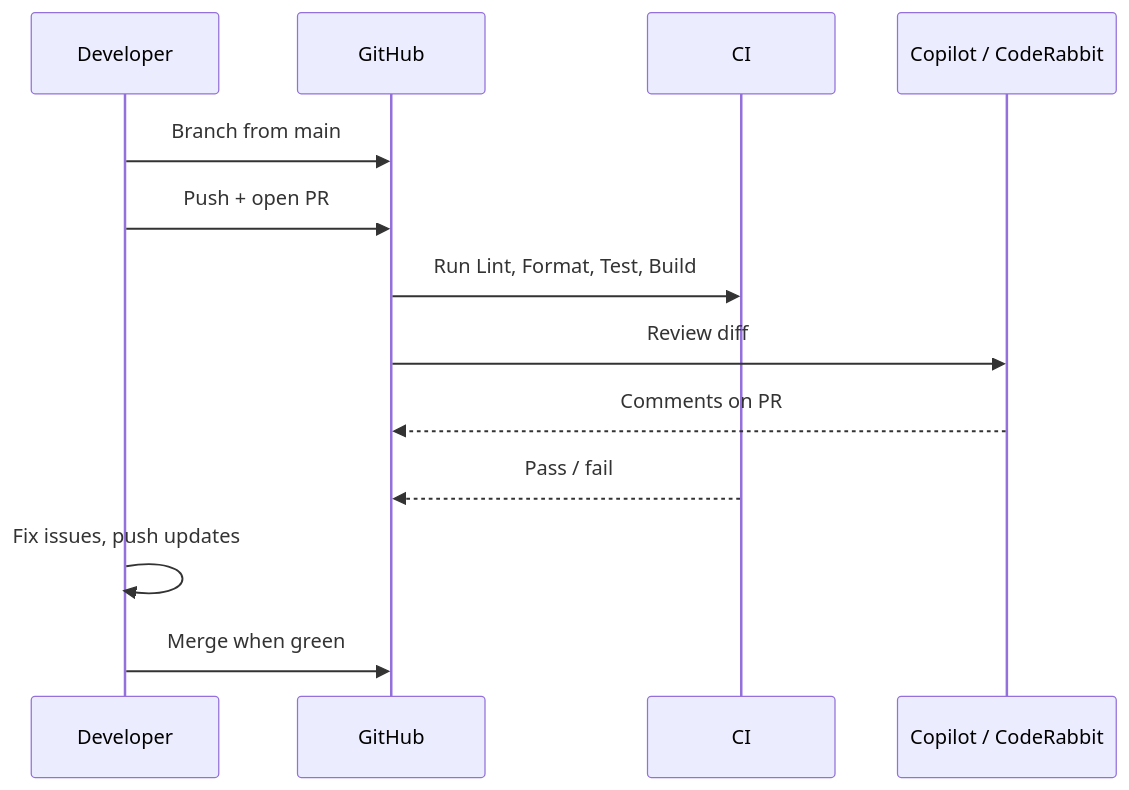
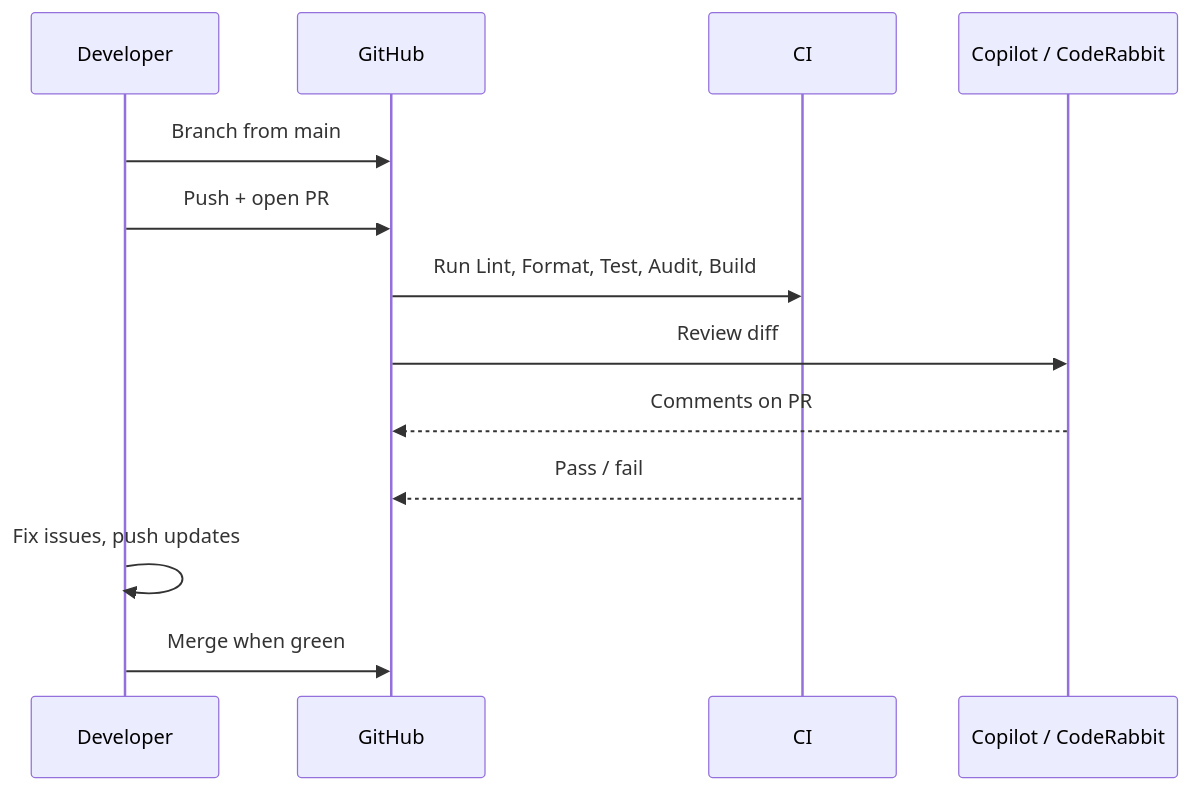
Before and after one commit to Nahom101-1/nahom.no: the fourth of 4 diagrams in docs/README.md, drawn with Mermaid. The commit also changed other lines of this file and 11 other files, not shown here.

````diff
--- a/docs/README.md
+++ b/docs/README.md
@@ -149,16 +152,16 @@
 ```mermaid
 sequenceDiagram
   participant Dev as Developer
   participant GH as GitHub
   participant CI as CI
   participant AI as Copilot / CodeRabbit
 
   Dev->>GH: Branch from main
   Dev->>GH: Push + open PR
-  GH->>CI: Run Lint, Format, Test, Build
+  GH->>CI: Run Lint, Format, Test, Audit, Build
   GH->>AI: Review diff
   AI-->>GH: Comments on PR
   CI-->>GH: Pass / fail
   Dev->>Dev: Fix issues, push updates
   Dev->>GH: Merge when green
 ```
````
